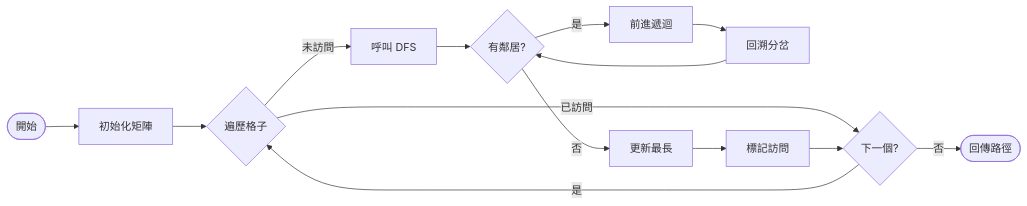
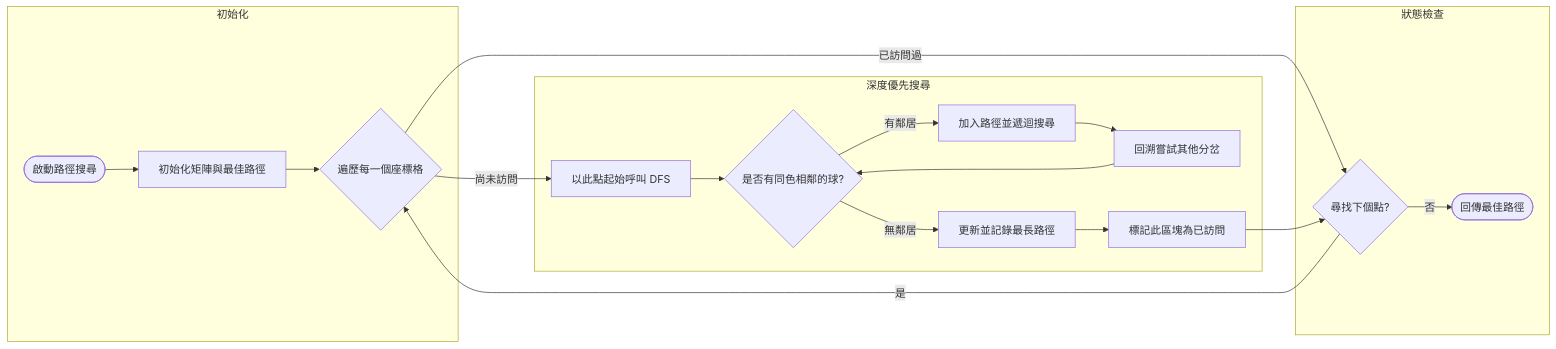
The second of 2 diagrams in 流程圖.md (Yoyo-ace1110/Collect-Em-All), drawn with Mermaid before and after one commit. The commit also changed other lines of this file, not shown here.

First line of the commit message:
Enhance flowchart with detailed project logic

````diff
--- a/流程圖.md
+++ b/流程圖.md
@@ -24,20 +35,26 @@
 ```mermaid
 flowchart LR
-    Start([開始]) --> Init[初始化矩陣]
-    Init --> Loop{遍歷格子}
+    subgraph 初始化
+    Start([啟動路徑搜尋]) --> Init[初始化矩陣與最佳路徑]
+    Init --> Loop{遍歷每一個座標格}
+    end
+
+    subgraph 狀態檢查
+    Loop -- 已訪問過 --> Next{尋找下個點?}
+    Next -- 是 --> Loop
+    Next -- 否 --> End([回傳最佳路徑])
+    end
+
+    subgraph 深度優先搜尋
+    Loop -- 尚未訪問 --> Call[以此點起始呼叫 DFS]
+    Call --> Check{是否有同色相鄰的球?}
     
-    Loop -- 已訪問 --> Next{下一個?}
-    Next -- 是 --> Loop
-    Next -- 否 --> End([回傳路徑])
-    
-    Loop -- 未訪問 --> Call[呼叫 DFS]
-    Call --> Check{有鄰居?}
-    
-    Check -- 是 --> Forward[前進遞迴]
-    Forward --> Back[回溯分岔]
+    Check -- 有鄰居 --> Forward[加入路徑並遞迴搜尋]
+    Forward --> Back[回溯嘗試其他分岔]
     Back --> Check
     
-    Check -- 否 --> Update[更新最長]
-    Update --> Mark[標記訪問]
+    Check -- 無鄰居 --> Update[更新並記錄最長路徑]
+    Update --> Mark[標記此區塊為已訪問]
     Mark --> Next
+    end
 ```
````
